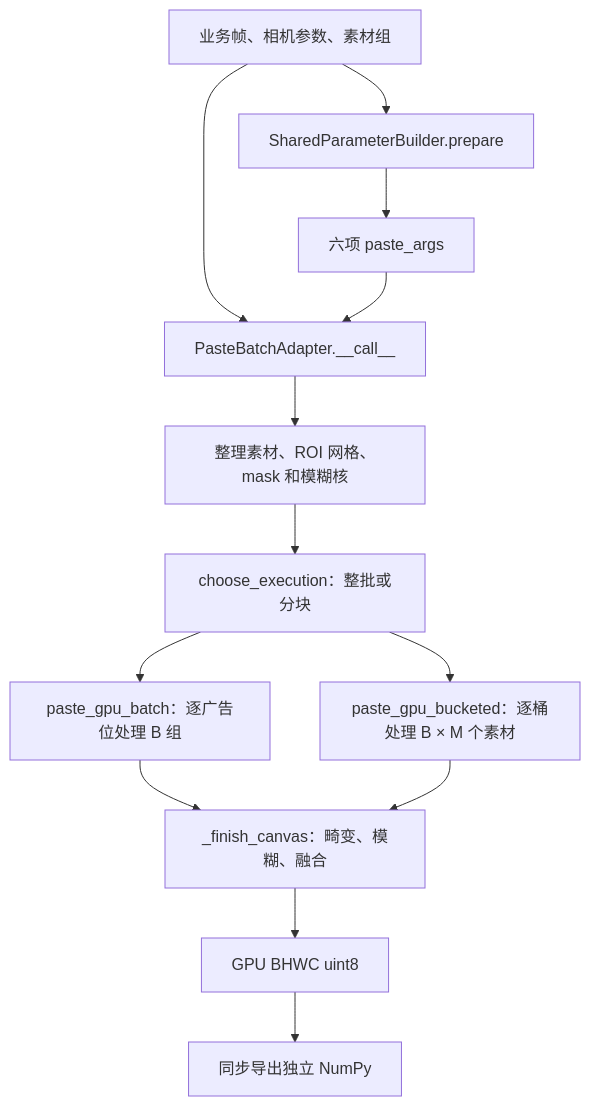
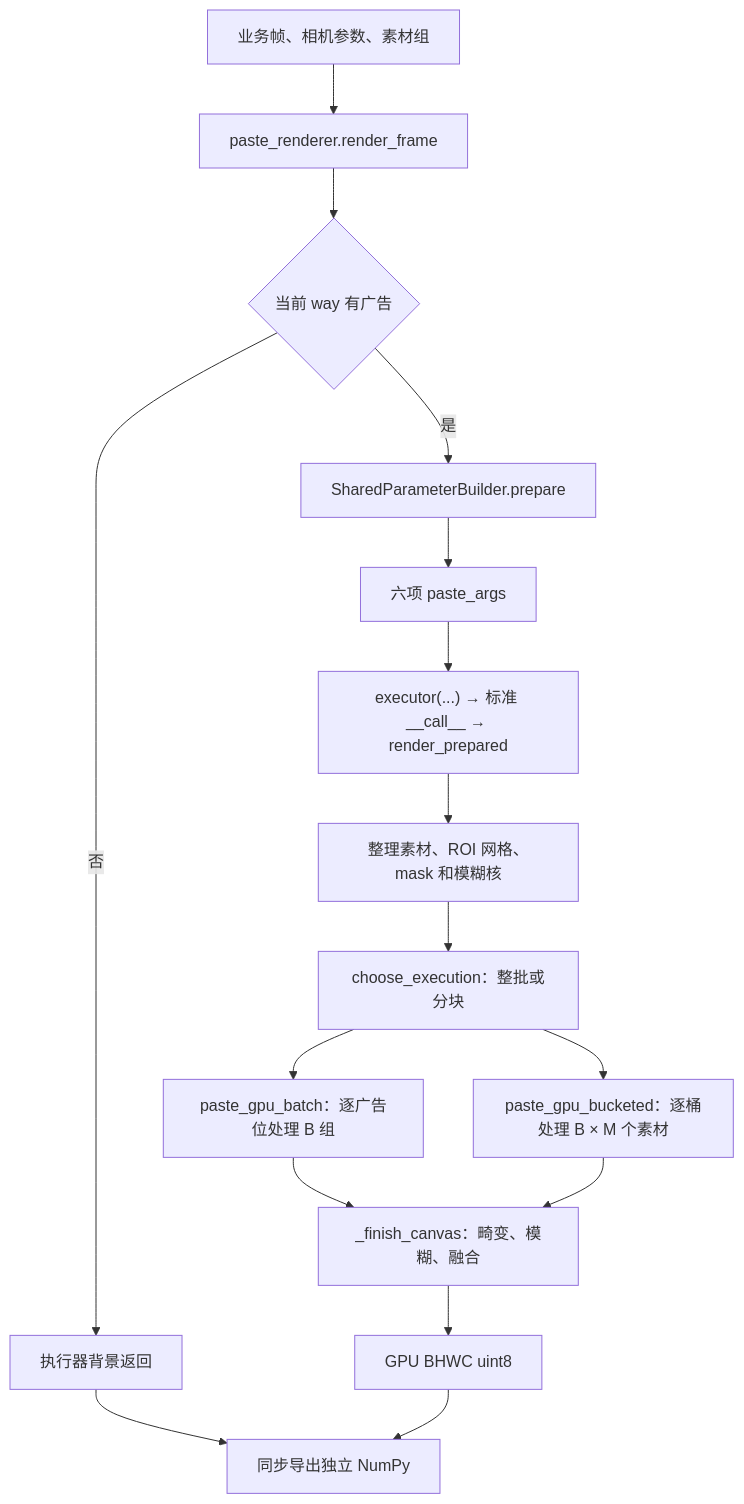
Before and after one commit to adshhzy/VirtualAds: the diagram in ARCHITECTURE.md, drawn with Mermaid. The commit also changed other lines of this file and 15 other files, not shown here.

Commit message:
Unify frame rendering API and preserve adapter compatibility

````diff
--- a/ARCHITECTURE.md
+++ b/ARCHITECTURE.md
@@ -16,15 +16,18 @@
 ```mermaid
 flowchart TD
-    A[业务帧、相机参数、素材组] --> B[SharedParameterBuilder.prepare]
+    A[业务帧、相机参数、素材组] --> R[paste_renderer.render_frame]
+    R --> Q{当前 way 有广告}
+    Q -->|是| B[SharedParameterBuilder.prepare]
+    Q -->|否| N[执行器背景返回]
+    N --> J[同步导出独立 NumPy]
     B --> C[六项 paste_args]
-    A --> D[PasteBatchAdapter.__call__]
-    C --> D
+    C --> D["executor(...) → 标准 __call__ → render_prepared"]
     D --> E[整理素材、ROI 网格、mask 和模糊核]
     E --> F[choose_execution：整批或分块]
     F --> G[paste_gpu_batch：逐广告位处理 B 组]
     F --> K[paste_gpu_bucketed：逐桶处理 B × M 个素材]
     G --> H[_finish_canvas：畸变、模糊、融合]
     K --> H
     H --> I[GPU BHWC uint8]
-    I --> J[同步导出独立 NumPy]
+    I --> J
 ```
````
